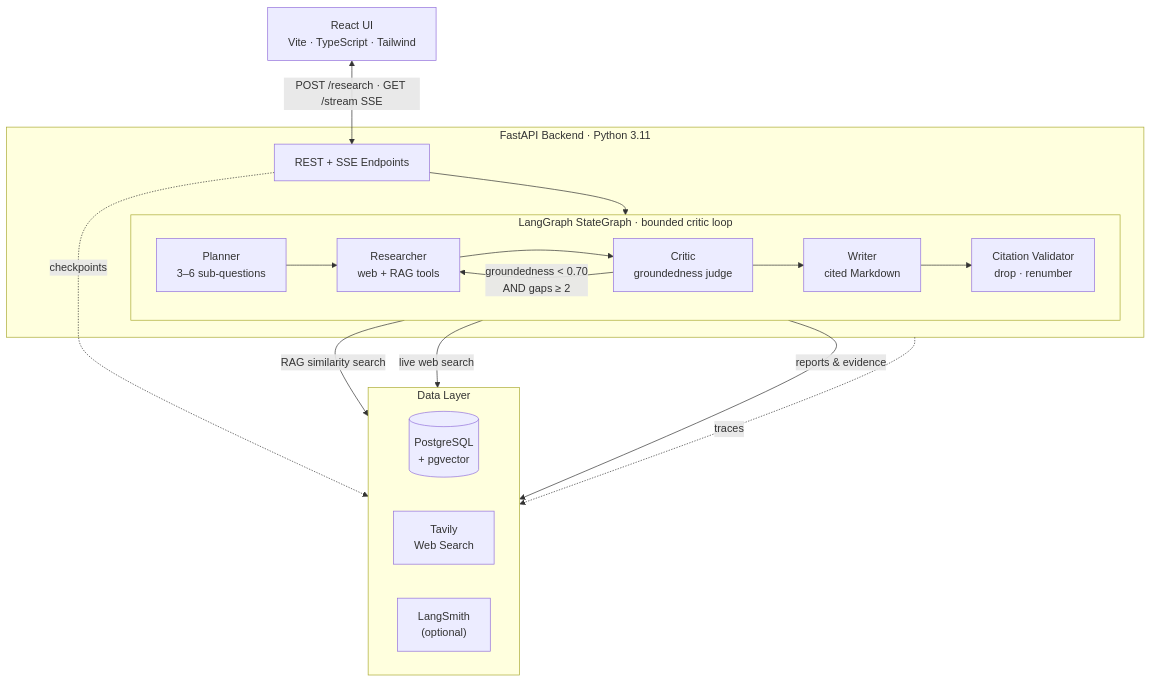
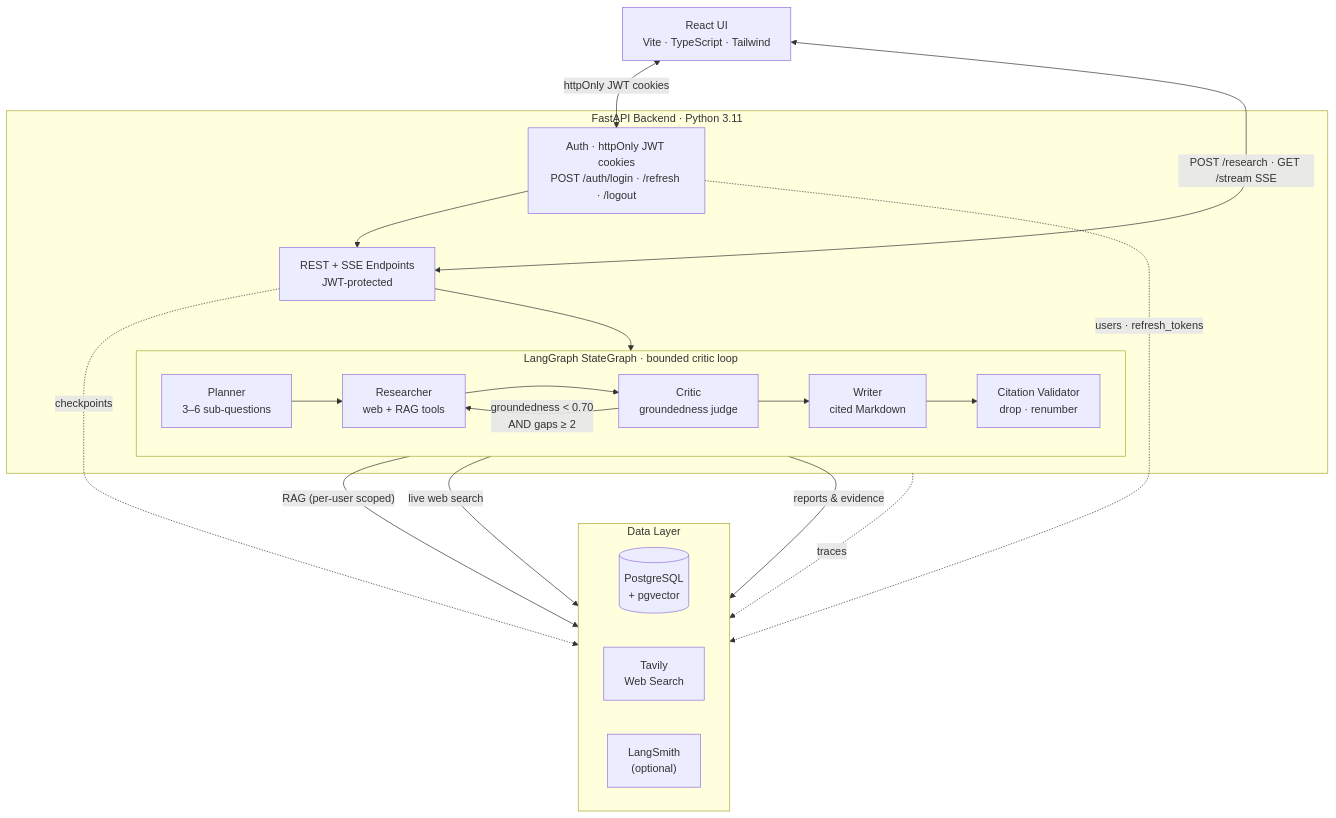
One commit to Nishaant-Soni/Autonomous_Research_Analyst changed the diagram in README.md. Above: the diagram before and after it, drawn with Mermaid. The commit also changed other lines of this file, not shown here.

````diff
--- a/README.md
+++ b/README.md
@@ -40,37 +40,40 @@
 ```mermaid
 flowchart TD
     UI["React UI\nVite · TypeScript · Tailwind"]
 
     subgraph backend["FastAPI Backend · Python 3.11"]
-        API["REST + SSE Endpoints"]
+        AUTH["Auth · httpOnly JWT cookies\nPOST /auth/login · /refresh · /logout"]
+        API["REST + SSE Endpoints\nJWT-protected"]
 
         subgraph graph["LangGraph StateGraph · bounded critic loop"]
             direction LR
             PL["Planner\n3–6 sub-questions"]
             RS["Researcher\nweb + RAG tools"]
             CR["Critic\ngroundedness judge"]
             WR["Writer\ncited Markdown"]
             CV["Citation Validator\ndrop · renumber"]
 
             PL --> RS --> CR
             CR -->|"groundedness < 0.70\nAND gaps ≥ 2"| RS
             CR --> WR --> CV
         end
 
-        API --> PL
+        AUTH --> API --> PL
     end
 
     subgraph datalayer["Data Layer"]
         direction LR
         DB[("PostgreSQL\n+ pgvector")]
         WEB["Tavily\nWeb Search"]
         LS["LangSmith\n(optional)"]
     end
 
+    UI <-->|"httpOnly JWT cookies"| AUTH
     UI <-->|"POST /research · GET /stream SSE"| API
-    RS -->|"RAG similarity search"| DB
+    RS -->|"RAG (per-user scoped)"| DB
     RS -->|"live web search"| WEB
     API -. "checkpoints" .-> DB
     CV -- "reports & evidence" --> DB
+    AUTH -. "users · refresh_tokens" .-> DB
     backend -. "traces" .-> LS
 ```
````
